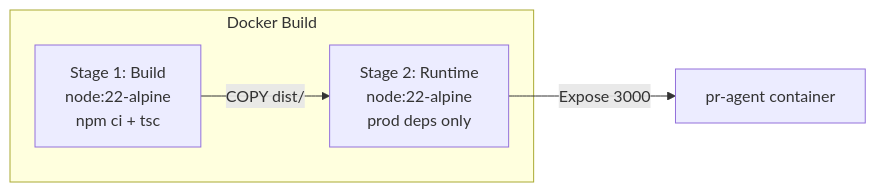
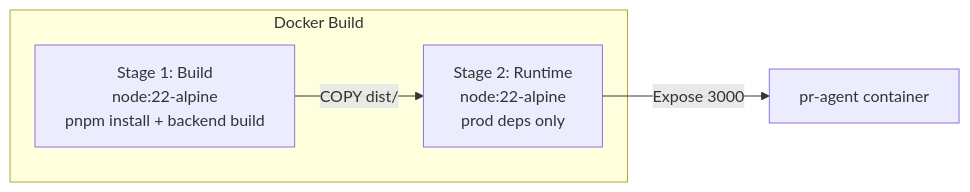
One commit to condevtools/pr-agent changed the seventh of 8 diagrams in README.md. Above: the diagram before and after it, drawn with Mermaid. The commit also changed other lines of this file and 82 other files, not shown here.

````diff
--- a/README.md
+++ b/README.md
@@ -678,9 +633,9 @@
 ```mermaid
 graph LR
     subgraph Docker Build
-        B1[Stage 1: Build<br/>node:22-alpine<br/>npm ci + tsc]
+        B1[Stage 1: Build<br/>node:22-alpine<br/>pnpm install + backend build]
         B2[Stage 2: Runtime<br/>node:22-alpine<br/>prod deps only]
         B1 -->|COPY dist/| B2
     end
     B2 -->|Expose 3000| SRV[pr-agent container]
 ```
````
